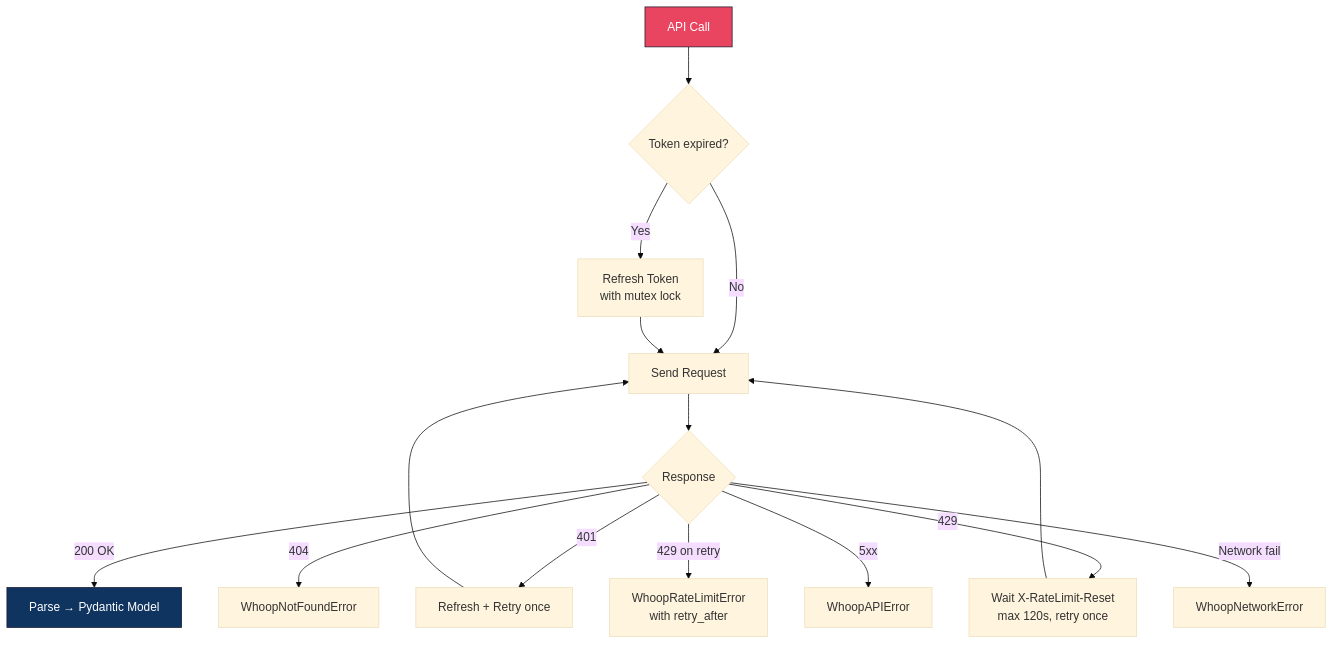
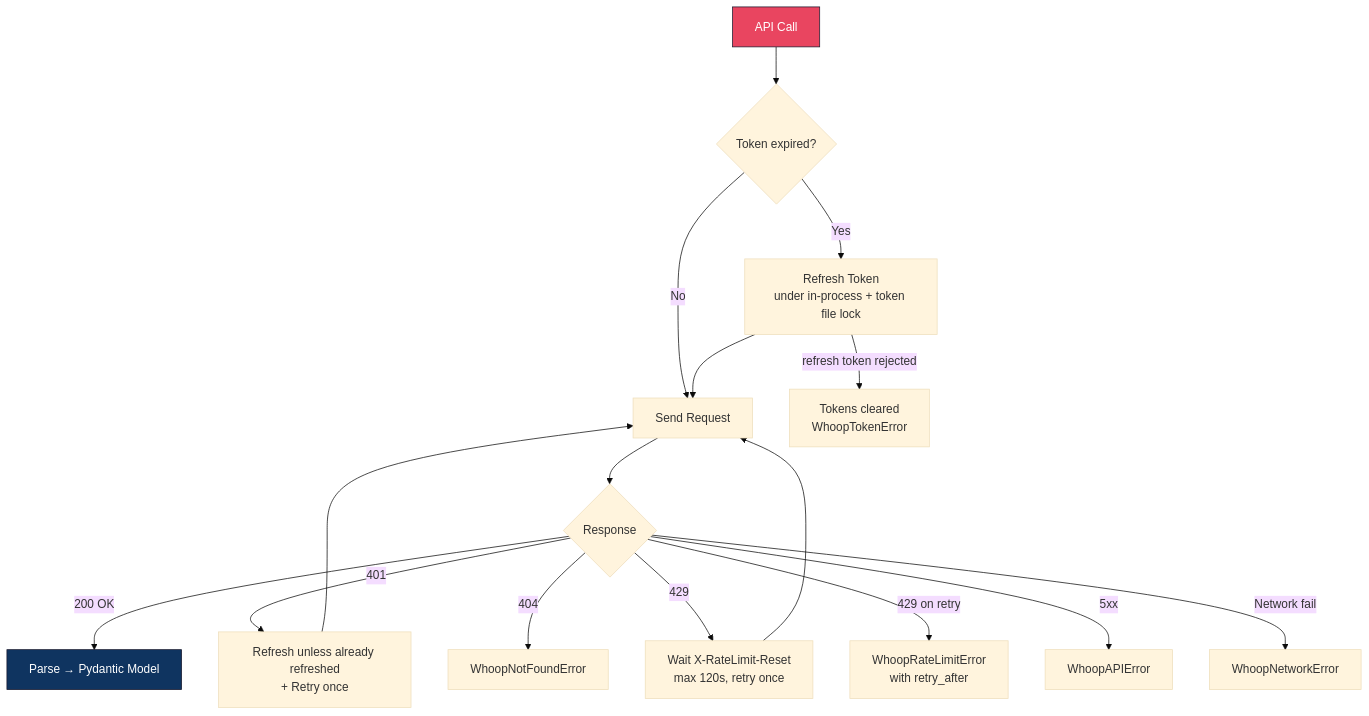
One commit to ponderrr/whoopyy changed the third of 6 diagrams in README.md. Above: the diagram before and after it, drawn with Mermaid (base theme). The commit also changed other lines of this file and 12 other files, not shown here.

First line of the commit message:
fix: harden OAuth refresh, token storage and callback server

````diff
--- a/README.md
+++ b/README.md
@@ -174,21 +175,22 @@
 ```mermaid
 flowchart TD
     A[API Call] --> B{Token expired?}
     B -->|No| D[Send Request]
-    B -->|Yes| C[Refresh Token<br>with mutex lock]
+    B -->|Yes| C[Refresh Token<br>under in-process + token file lock]
     C --> D
+    C -->|refresh token rejected| M[Tokens cleared<br>WhoopTokenError]
 
     D --> E{Response}
     E -->|200 OK| F[Parse → Pydantic Model]
-    E -->|401| G[Refresh + Retry once]
+    E -->|401| G[Refresh unless already refreshed<br>+ Retry once]
     E -->|404| H[WhoopNotFoundError]
     E -->|429| I[Wait X-RateLimit-Reset<br>max 120s, retry once]
     E -->|429 on retry| L[WhoopRateLimitError<br>with retry_after]
     E -->|5xx| J[WhoopAPIError]
     E -->|Network fail| K[WhoopNetworkError]
     G --> D
     I --> D
 
     style A fill:#e94560,stroke:#1a1a2e,color:#fff
     style F fill:#0f3460,stroke:#1a1a2e,color:#fff
 ```
````
